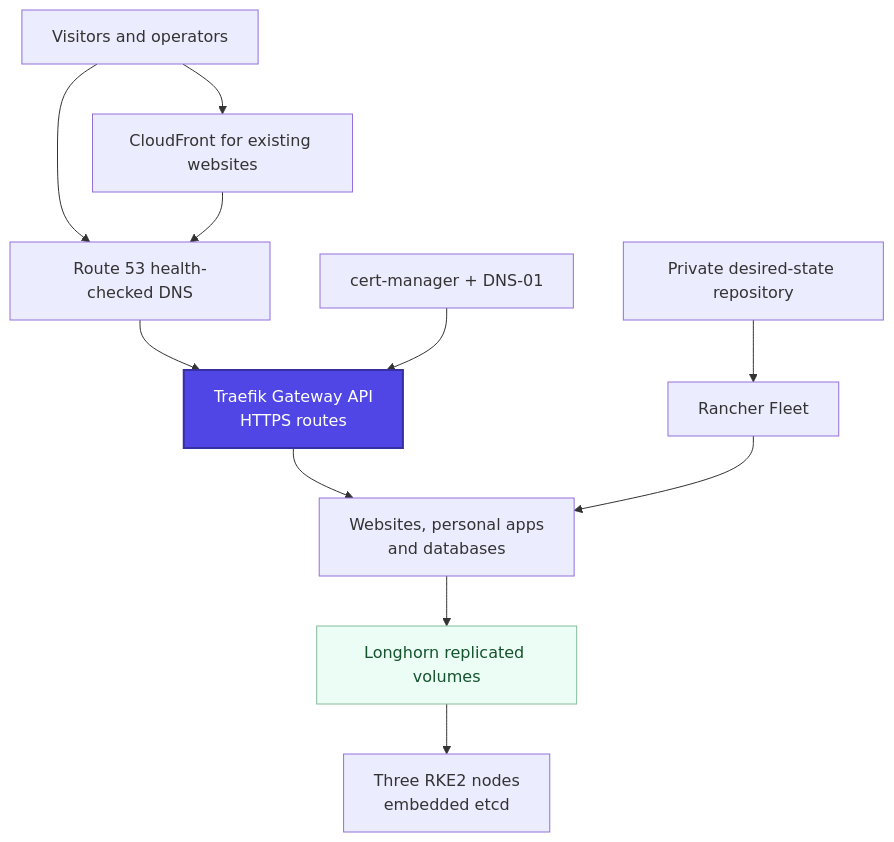
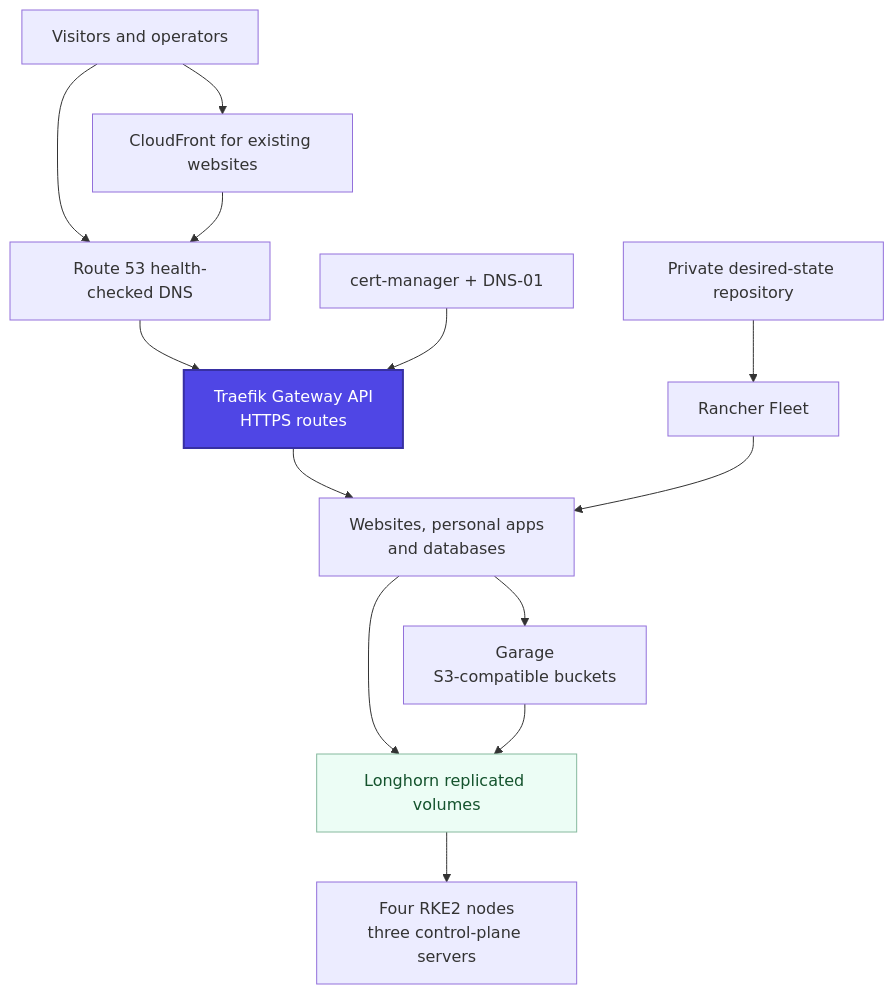
Before and after one commit to Paul1404/astro-portfolio: the diagram in docs/diagrams/vertex/en-architecture.mmd, drawn with Mermaid. The commit also changed 5 other files, not shown here.

```diff
--- a/docs/diagrams/vertex/en-architecture.mmd
+++ b/docs/diagrams/vertex/en-architecture.mmd
@@ -1,14 +1,16 @@
 flowchart TB
   accTitle: Vertex platform architecture
-  accDescr: Existing websites use CloudFront while applications can use the public gateway directly. Route 53 directs traffic to three nodes. Traefik routes requests to applications; Fleet reconciles the private Git repository; Longhorn replicates volumes across the nodes.
+  accDescr: Existing websites use CloudFront while applications can use the public gateway directly. Route 53 directs traffic to ingress nodes. Traefik routes requests to applications; Fleet reconciles the private Git repository; Garage provides object storage and Longhorn replicates volumes across the cluster.
   Users["Visitors and operators"] --> Edge["CloudFront for existing websites"]
   Users --> DNS["Route 53 health-checked DNS"]
   Edge --> DNS
   DNS --> Gateway["Traefik Gateway API<br/>HTTPS routes"]:::focus
   Gateway --> Apps["Websites, personal apps<br/>and databases"]
   Git["Private desired-state repository"] --> Fleet["Rancher Fleet"] --> Apps
   Cert["cert-manager + DNS-01"] --> Gateway
   Apps --> Storage["Longhorn replicated volumes"]:::good
-  Storage --> Nodes["Three RKE2 nodes<br/>embedded etcd"]
+  Apps --> Garage["Garage<br/>S3-compatible buckets"]
+  Garage --> Storage
+  Storage --> Nodes["Four RKE2 nodes<br/>three control-plane servers"]
   classDef focus fill:#4f46e5,color:#ffffff,stroke:#3730a3,stroke-width:2px
   classDef good fill:#ecfdf5,color:#14532d,stroke:#86b99e
```
